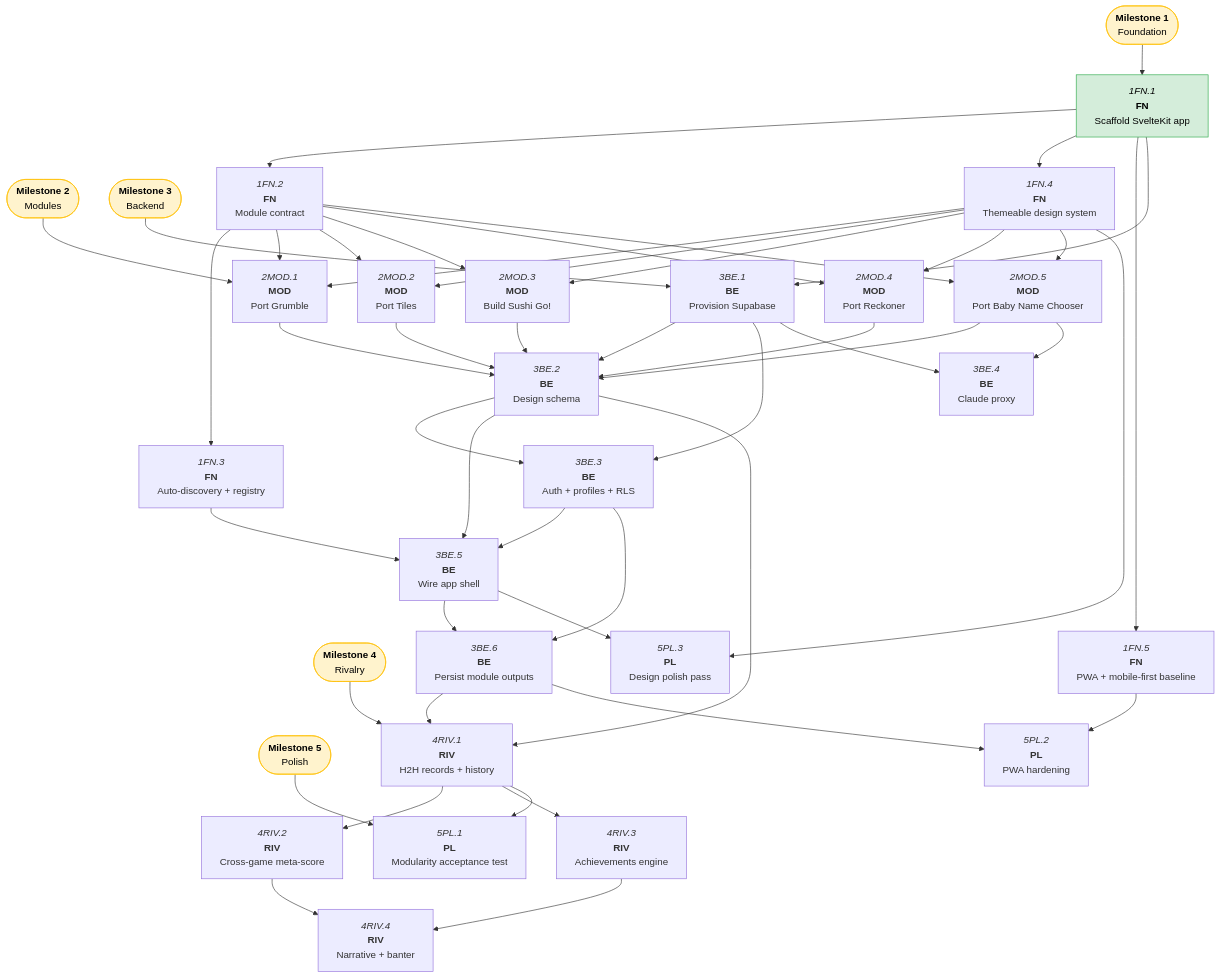
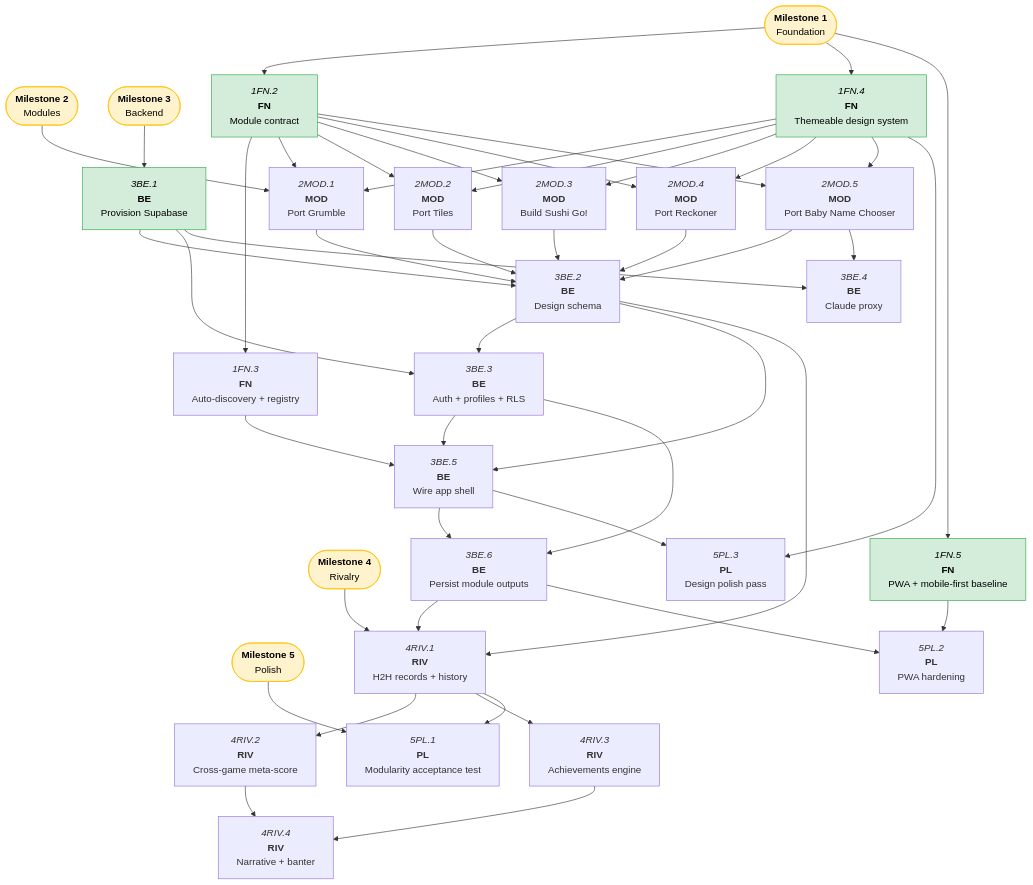
Before and after one commit to JasonWarrenUK/tallywhack: the diagram in docs/roadmaps/tallywhack.md, drawn with Mermaid. The commit also changed other lines of this file, not shown here.

Commit message:
docs: mark 1FN.1 complete, unblock dependents
Move 1FN.1 to Completed (drop "monorepo" wording to match the flat
single-app structure that was built). Update Progress Map: remove the
1FN1 node and its edges, mark the newly-unblocked tasks open
(1FN.2, 1FN.4, 1FN.5, 3BE.1).

```diff
--- a/docs/roadmaps/tallywhack.md
+++ b/docs/roadmaps/tallywhack.md
@@ -20,11 +20,10 @@
   M4(["`**Milestone 4**<br/>Rivalry`"]):::mile
   M5(["`**Milestone 5**<br/>Polish`"]):::mile
 
-  1FN1["`*1FN.1*<br/>**FN**<br/>Scaffold SvelteKit app`"]:::open
-  1FN2["`*1FN.2*<br/>**FN**<br/>Module contract`"]
+  1FN2["`*1FN.2*<br/>**FN**<br/>Module contract`"]:::open
   1FN3["`*1FN.3*<br/>**FN**<br/>Auto-discovery + registry`"]
-  1FN4["`*1FN.4*<br/>**FN**<br/>Themeable design system`"]
-  1FN5["`*1FN.5*<br/>**FN**<br/>PWA + mobile-first baseline`"]
+  1FN4["`*1FN.4*<br/>**FN**<br/>Themeable design system`"]:::open
+  1FN5["`*1FN.5*<br/>**FN**<br/>PWA + mobile-first baseline`"]:::open
 
   2MOD1["`*2MOD.1*<br/>**MOD**<br/>Port Grumble`"]
   2MOD2["`*2MOD.2*<br/>**MOD**<br/>Port Tiles`"]
@@ -32,7 +31,7 @@
   2MOD4["`*2MOD.4*<br/>**MOD**<br/>Port Reckoner`"]
   2MOD5["`*2MOD.5*<br/>**MOD**<br/>Port Baby Name Chooser`"]
 
-  3BE1["`*3BE.1*<br/>**BE**<br/>Provision Supabase`"]
+  3BE1["`*3BE.1*<br/>**BE**<br/>Provision Supabase`"]:::open
   3BE2["`*3BE.2*<br/>**BE**<br/>Design schema`"]
   3BE3["`*3BE.3*<br/>**BE**<br/>Auth + profiles + RLS`"]
   3BE4["`*3BE.4*<br/>**BE**<br/>Claude proxy`"]
@@ -48,11 +47,9 @@
   5PL2["`*5PL.2*<br/>**PL**<br/>PWA hardening`"]
   5PL3["`*5PL.3*<br/>**PL**<br/>Design polish pass`"]
 
-  M1 --> 1FN1
-  1FN1 --> 1FN2
-  1FN1 --> 1FN4
-  1FN1 --> 1FN5
-  1FN1 --> 3BE1
+  M1 --> 1FN2
+  M1 --> 1FN4
+  M1 --> 1FN5
   1FN2 --> 1FN3
   1FN2 --> 2MOD1
   1FN2 --> 2MOD2
```
